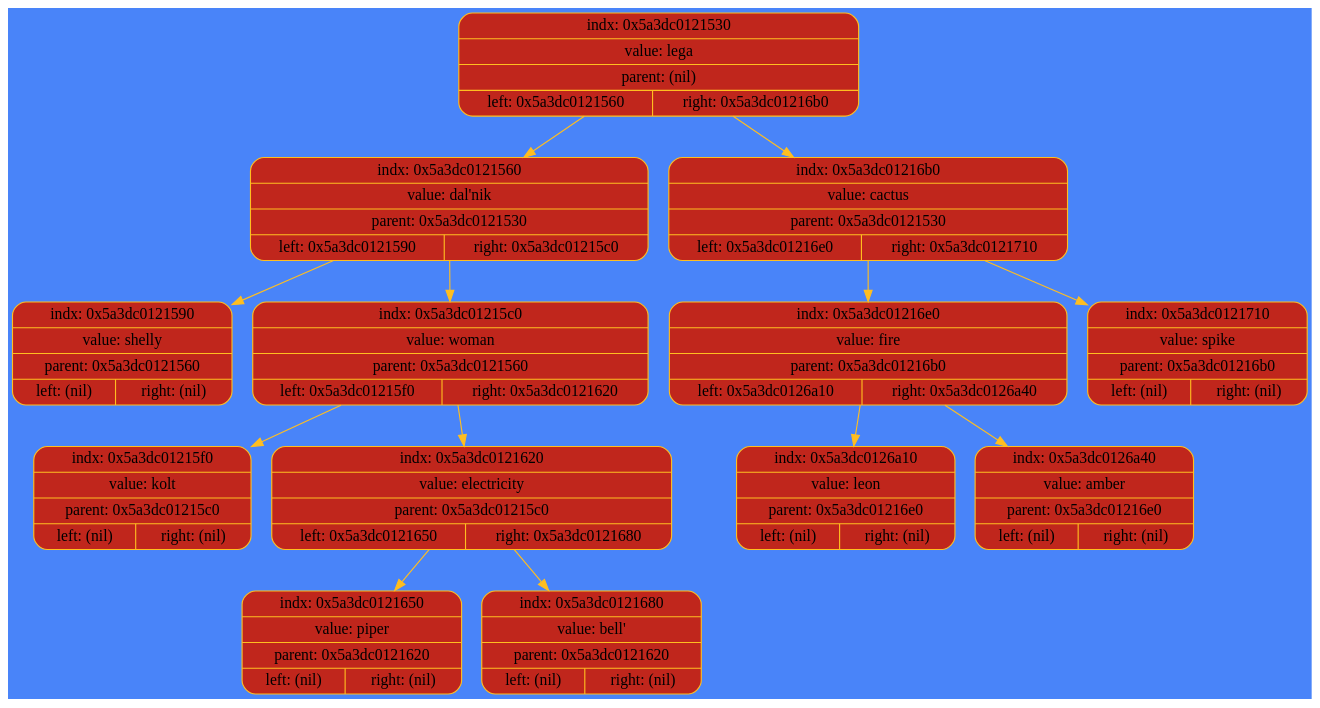
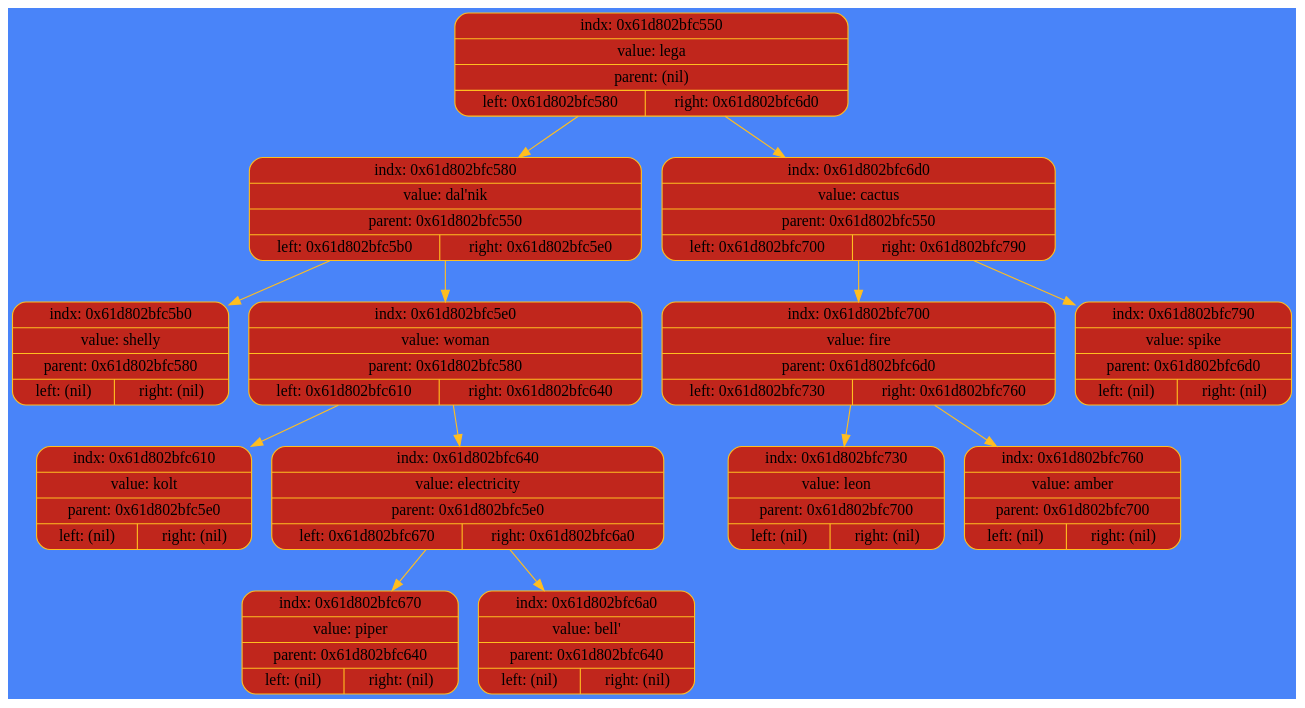
The diagram in debug/tree.dot (ksshkh/akinator), drawn with Graphviz before and after one commit. The commit also changed 2 other files, not shown here.

```diff
--- a/debug/tree.dot
+++ b/debug/tree.dot
@@ -1,31 +1,31 @@
 digraph Tree {
 	rankdir = TB;
 	node [shape = record];
 	edge [color = "#FFBE20"];
 	bgcolor = "#4984F9";
-	node0x5a3dc0121530 [color = "#FFBE20", shape = Mrecord, style = filled, fillcolor = "#C0261C", label = "{indx: 0x5a3dc0121530 | value: lega | parent: (nil) | { left: 0x5a3dc0121560 | right: 0x5a3dc01216b0}}"];
-		node0x5a3dc0121530 -> node0x5a3dc0121560
-	node0x5a3dc0121560 [color = "#FFBE20", shape = Mrecord, style = filled, fillcolor = "#C0261C", label = "{indx: 0x5a3dc0121560 | value: dal'nik | parent: 0x5a3dc0121530 | { left: 0x5a3dc0121590 | right: 0x5a3dc01215c0}}"];
-		node0x5a3dc0121560 -> node0x5a3dc0121590
-	node0x5a3dc0121590 [color = "#FFBE20", shape = Mrecord, style = filled, fillcolor = "#C0261C", label = "{indx: 0x5a3dc0121590 | value: shelly | parent: 0x5a3dc0121560 | { left: (nil) | right: (nil)}}"];
-		node0x5a3dc0121560 -> node0x5a3dc01215c0
-	node0x5a3dc01215c0 [color = "#FFBE20", shape = Mrecord, style = filled, fillcolor = "#C0261C", label = "{indx: 0x5a3dc01215c0 | value: woman | parent: 0x5a3dc0121560 | { left: 0x5a3dc01215f0 | right: 0x5a3dc0121620}}"];
-		node0x5a3dc01215c0 -> node0x5a3dc01215f0
-	node0x5a3dc01215f0 [color = "#FFBE20", shape = Mrecord, style = filled, fillcolor = "#C0261C", label = "{indx: 0x5a3dc01215f0 | value: kolt | parent: 0x5a3dc01215c0 | { left: (nil) | right: (nil)}}"];
-		node0x5a3dc01215c0 -> node0x5a3dc0121620
-	node0x5a3dc0121620 [color = "#FFBE20", shape = Mrecord, style = filled, fillcolor = "#C0261C", label = "{indx: 0x5a3dc0121620 | value: electricity | parent: 0x5a3dc01215c0 | { left: 0x5a3dc0121650 | right: 0x5a3dc0121680}}"];
-		node0x5a3dc0121620 -> node0x5a3dc0121650
-	node0x5a3dc0121650 [color = "#FFBE20", shape = Mrecord, style = filled, fillcolor = "#C0261C", label = "{indx: 0x5a3dc0121650 | value: piper | parent: 0x5a3dc0121620 | { left: (nil) | right: (nil)}}"];
-		node0x5a3dc0121620 -> node0x5a3dc0121680
-	node0x5a3dc0121680 [color = "#FFBE20", shape = Mrecord, style = filled, fillcolor = "#C0261C", label = "{indx: 0x5a3dc0121680 | value: bell' | parent: 0x5a3dc0121620 | { left: (nil) | right: (nil)}}"];
-		node0x5a3dc0121530 -> node0x5a3dc01216b0
-	node0x5a3dc01216b0 [color = "#FFBE20", shape = Mrecord, style = filled, fillcolor = "#C0261C", label = "{indx: 0x5a3dc01216b0 | value: cactus | parent: 0x5a3dc0121530 | { left: 0x5a3dc01216e0 | right: 0x5a3dc0121710}}"];
-		node0x5a3dc01216b0 -> node0x5a3dc01216e0
-	node0x5a3dc01216e0 [color = "#FFBE20", shape = Mrecord, style = filled, fillcolor = "#C0261C", label = "{indx: 0x5a3dc01216e0 | value: fire | parent: 0x5a3dc01216b0 | { left: 0x5a3dc0126a10 | right: 0x5a3dc0126a40}}"];
-		node0x5a3dc01216e0 -> node0x5a3dc0126a10
-	node0x5a3dc0126a10 [color = "#FFBE20", shape = Mrecord, style = filled, fillcolor = "#C0261C", label = "{indx: 0x5a3dc0126a10 | value: leon | parent: 0x5a3dc01216e0 | { left: (nil) | right: (nil)}}"];
-		node0x5a3dc01216e0 -> node0x5a3dc0126a40
-	node0x5a3dc0126a40 [color = "#FFBE20", shape = Mrecord, style = filled, fillcolor = "#C0261C", label = "{indx: 0x5a3dc0126a40 | value: amber | parent: 0x5a3dc01216e0 | { left: (nil) | right: (nil)}}"];
-		node0x5a3dc01216b0 -> node0x5a3dc0121710
-	node0x5a3dc0121710 [color = "#FFBE20", shape = Mrecord, style = filled, fillcolor = "#C0261C", label = "{indx: 0x5a3dc0121710 | value: spike | parent: 0x5a3dc01216b0 | { left: (nil) | right: (nil)}}"];
+	node0x61d802bfc550 [color = "#FFBE20", shape = Mrecord, style = filled, fillcolor = "#C0261C", label = "{indx: 0x61d802bfc550 | value: lega | parent: (nil) | { left: 0x61d802bfc580 | right: 0x61d802bfc6d0}}"];
+		node0x61d802bfc550 -> node0x61d802bfc580
+	node0x61d802bfc580 [color = "#FFBE20", shape = Mrecord, style = filled, fillcolor = "#C0261C", label = "{indx: 0x61d802bfc580 | value: dal'nik | parent: 0x61d802bfc550 | { left: 0x61d802bfc5b0 | right: 0x61d802bfc5e0}}"];
+		node0x61d802bfc580 -> node0x61d802bfc5b0
+	node0x61d802bfc5b0 [color = "#FFBE20", shape = Mrecord, style = filled, fillcolor = "#C0261C", label = "{indx: 0x61d802bfc5b0 | value: shelly | parent: 0x61d802bfc580 | { left: (nil) | right: (nil)}}"];
+		node0x61d802bfc580 -> node0x61d802bfc5e0
+	node0x61d802bfc5e0 [color = "#FFBE20", shape = Mrecord, style = filled, fillcolor = "#C0261C", label = "{indx: 0x61d802bfc5e0 | value: woman | parent: 0x61d802bfc580 | { left: 0x61d802bfc610 | right: 0x61d802bfc640}}"];
+		node0x61d802bfc5e0 -> node0x61d802bfc610
+	node0x61d802bfc610 [color = "#FFBE20", shape = Mrecord, style = filled, fillcolor = "#C0261C", label = "{indx: 0x61d802bfc610 | value: kolt | parent: 0x61d802bfc5e0 | { left: (nil) | right: (nil)}}"];
+		node0x61d802bfc5e0 -> node0x61d802bfc640
+	node0x61d802bfc640 [color = "#FFBE20", shape = Mrecord, style = filled, fillcolor = "#C0261C", label = "{indx: 0x61d802bfc640 | value: electricity | parent: 0x61d802bfc5e0 | { left: 0x61d802bfc670 | right: 0x61d802bfc6a0}}"];
+		node0x61d802bfc640 -> node0x61d802bfc670
+	node0x61d802bfc670 [color = "#FFBE20", shape = Mrecord, style = filled, fillcolor = "#C0261C", label = "{indx: 0x61d802bfc670 | value: piper | parent: 0x61d802bfc640 | { left: (nil) | right: (nil)}}"];
+		node0x61d802bfc640 -> node0x61d802bfc6a0
+	node0x61d802bfc6a0 [color = "#FFBE20", shape = Mrecord, style = filled, fillcolor = "#C0261C", label = "{indx: 0x61d802bfc6a0 | value: bell' | parent: 0x61d802bfc640 | { left: (nil) | right: (nil)}}"];
+		node0x61d802bfc550 -> node0x61d802bfc6d0
+	node0x61d802bfc6d0 [color = "#FFBE20", shape = Mrecord, style = filled, fillcolor = "#C0261C", label = "{indx: 0x61d802bfc6d0 | value: cactus | parent: 0x61d802bfc550 | { left: 0x61d802bfc700 | right: 0x61d802bfc790}}"];
+		node0x61d802bfc6d0 -> node0x61d802bfc700
+	node0x61d802bfc700 [color = "#FFBE20", shape = Mrecord, style = filled, fillcolor = "#C0261C", label = "{indx: 0x61d802bfc700 | value: fire | parent: 0x61d802bfc6d0 | { left: 0x61d802bfc730 | right: 0x61d802bfc760}}"];
+		node0x61d802bfc700 -> node0x61d802bfc730
+	node0x61d802bfc730 [color = "#FFBE20", shape = Mrecord, style = filled, fillcolor = "#C0261C", label = "{indx: 0x61d802bfc730 | value: leon | parent: 0x61d802bfc700 | { left: (nil) | right: (nil)}}"];
+		node0x61d802bfc700 -> node0x61d802bfc760
+	node0x61d802bfc760 [color = "#FFBE20", shape = Mrecord, style = filled, fillcolor = "#C0261C", label = "{indx: 0x61d802bfc760 | value: amber | parent: 0x61d802bfc700 | { left: (nil) | right: (nil)}}"];
+		node0x61d802bfc6d0 -> node0x61d802bfc790
+	node0x61d802bfc790 [color = "#FFBE20", shape = Mrecord, style = filled, fillcolor = "#C0261C", label = "{indx: 0x61d802bfc790 | value: spike | parent: 0x61d802bfc6d0 | { left: (nil) | right: (nil)}}"];
 }
```
